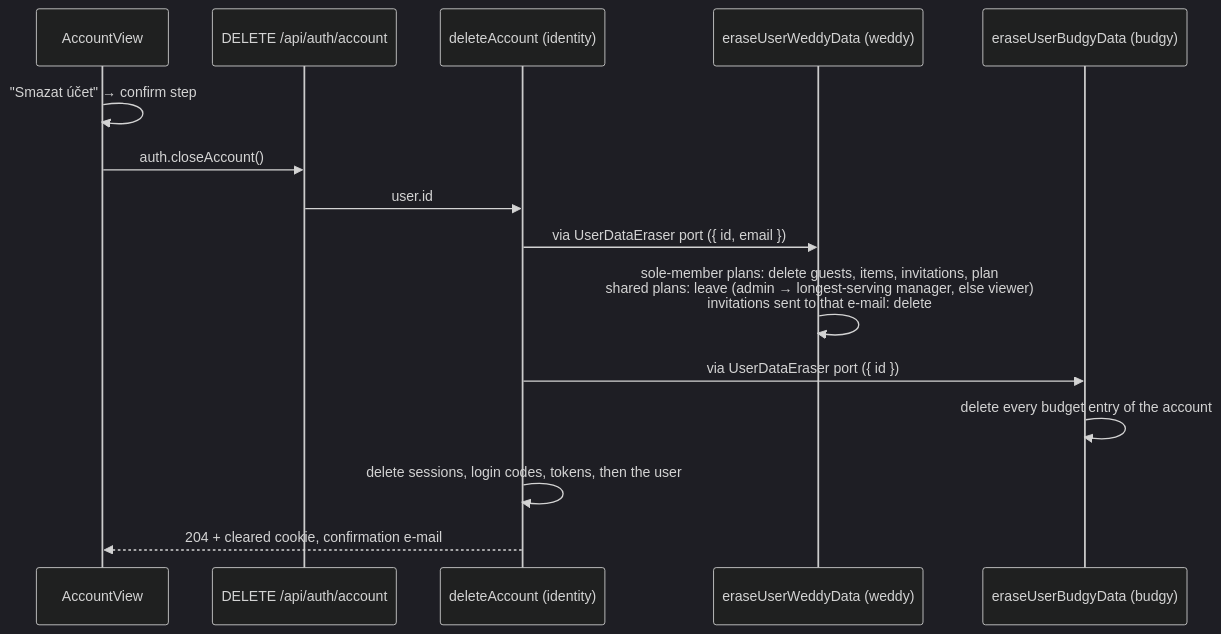
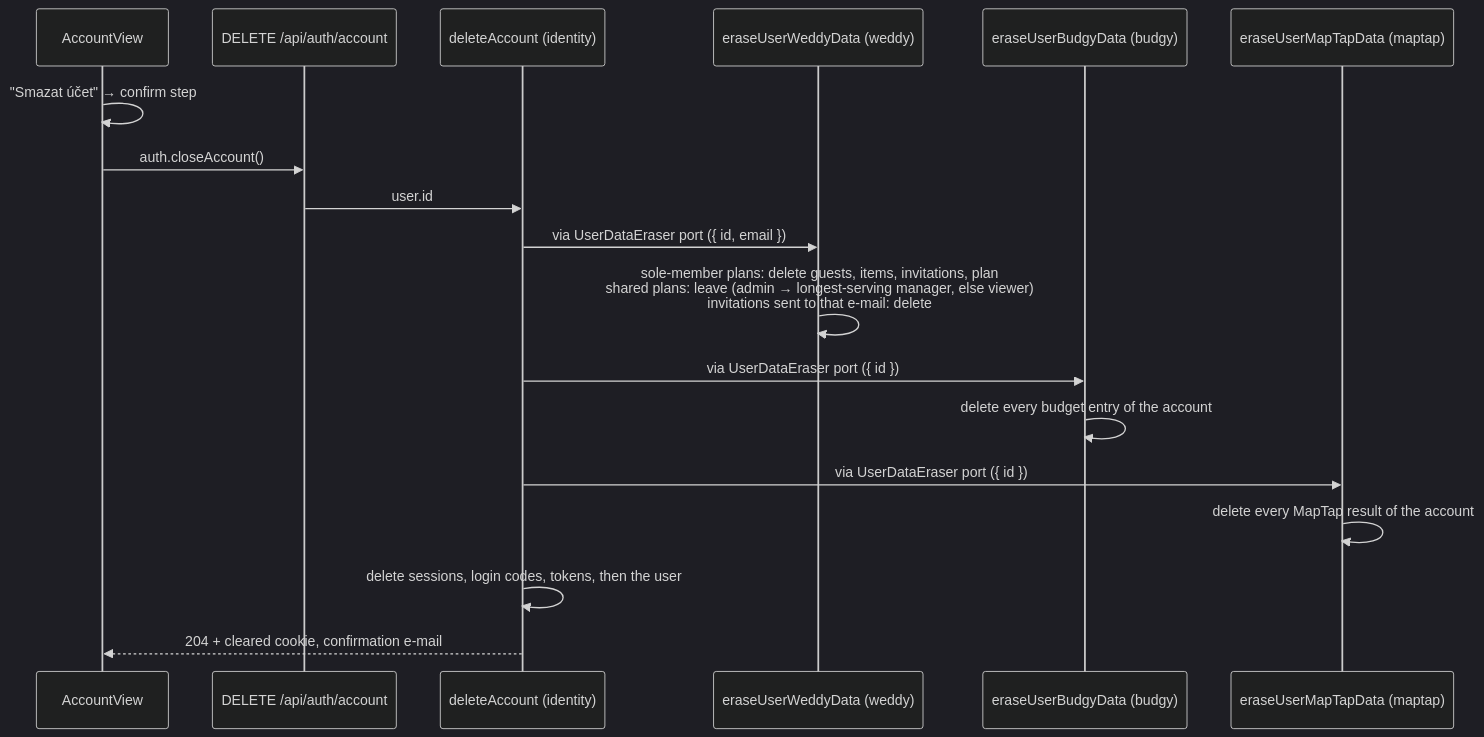
The diagram in doc/wiki/architecture/personalData.md (iziqq/fridrich.cloud), drawn with Mermaid (dark theme) before and after one commit. The commit also changed other lines of this file and 61 other files, not shown here.

````diff
--- a/doc/wiki/architecture/personalData.md
+++ b/doc/wiki/architecture/personalData.md
@@ -103,17 +109,20 @@
 ```mermaid
 sequenceDiagram
     participant U as AccountView
     participant API as DELETE /api/auth/account
     participant A as deleteAccount (identity)
     participant W as eraseUserWeddyData (weddy)
     participant B as eraseUserBudgyData (budgy)
+    participant M as eraseUserMapTapData (maptap)
     U->>U: "Smazat účet" → confirm step
     U->>API: auth.closeAccount()
     API->>A: user.id
     A->>W: via UserDataEraser port ({ id, email })
     W->>W: sole-member plans: delete guests, items, invitations, plan<br/>shared plans: leave (admin → longest-serving manager, else viewer)<br/>invitations sent to that e-mail: delete
     A->>B: via UserDataEraser port ({ id })
     B->>B: delete every budget entry of the account
+    A->>M: via UserDataEraser port ({ id })
+    M->>M: delete every MapTap result of the account
     A->>A: delete sessions, login codes, tokens, then the user
     A-->>U: 204 + cleared cookie, confirmation e-mail
 ```
````
